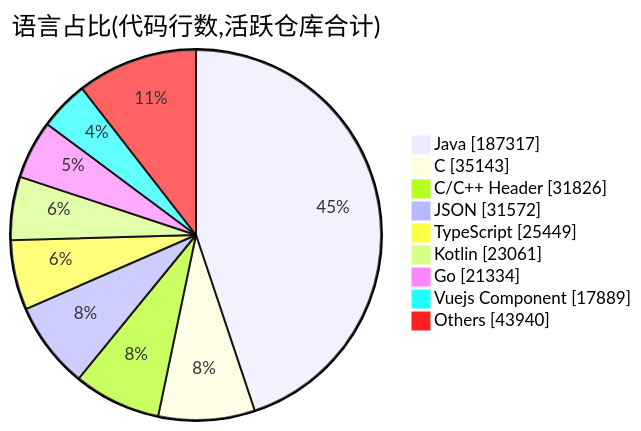
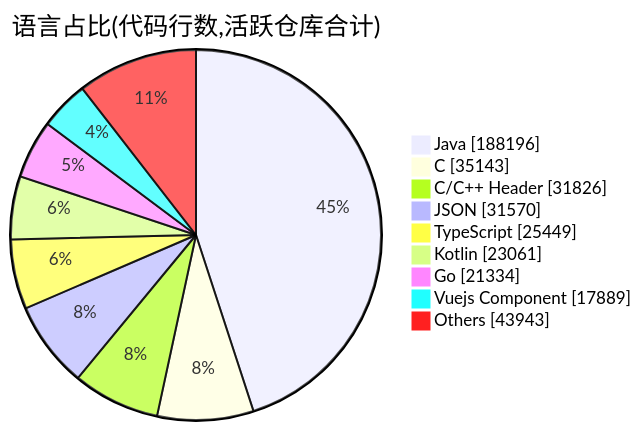
The second of 2 diagrams in profile/README.md (Conflux-Union/.github), drawn with Mermaid before and after one commit. The commit also changed other lines of this file and 1 other file, not shown here.

````diff
--- a/profile/README.md
+++ b/profile/README.md
@@ -82,13 +82,13 @@
 ```mermaid
 pie showData
     title 语言占比(代码行数,活跃仓库合计)
-    "Java" : 187317
+    "Java" : 188196
     "C" : 35143
     "C/C++ Header" : 31826
-    "JSON" : 31572
+    "JSON" : 31570
     "TypeScript" : 25449
     "Kotlin" : 23061
     "Go" : 21334
     "Vuejs Component" : 17889
-    "Others" : 43940
+    "Others" : 43943
 ```
````
